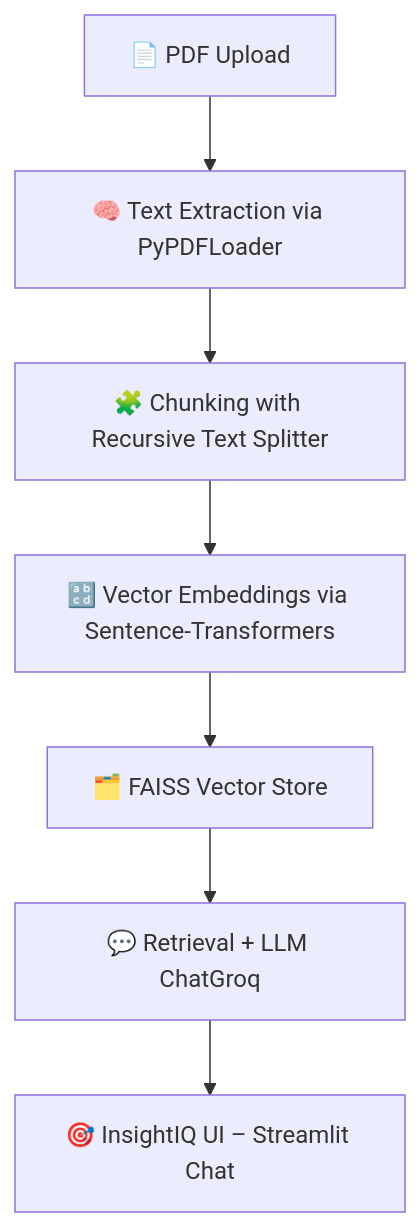
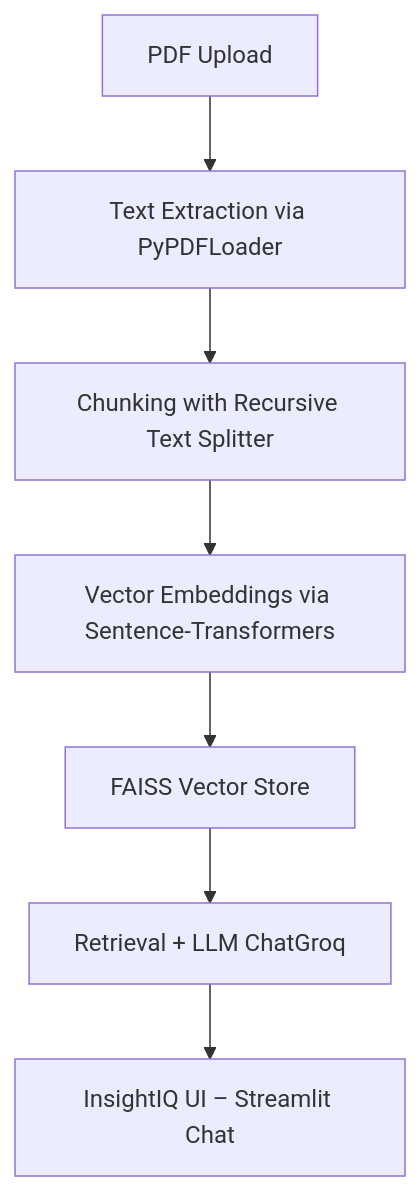
Before and after one commit to rit2410/ChatPDF-Pro: the diagram in README.md, drawn with Mermaid. The commit also changed other lines of this file, not shown here.

````diff
--- a/README.md
+++ b/README.md
@@ -44,9 +44,9 @@
 ```mermaid
 graph TD
-    A[📄 PDF Upload] --> B[🧠 Text Extraction via PyPDFLoader]
-    B --> C[🧩 Chunking with Recursive Text Splitter]
-    C --> D[🔡 Vector Embeddings via Sentence-Transformers]
-    D --> E[🗂️ FAISS Vector Store]
-    E --> F[💬 Retrieval + LLM ChatGroq]
-    F --> G[🎯 InsightIQ UI – Streamlit Chat]
+    A[PDF Upload] --> B[Text Extraction via PyPDFLoader]
+    B --> C[Chunking with Recursive Text Splitter]
+    C --> D[Vector Embeddings via Sentence-Transformers]
+    D --> E[FAISS Vector Store]
+    E --> F[Retrieval + LLM ChatGroq]
+    F --> G[InsightIQ UI – Streamlit Chat]
 ```
````
